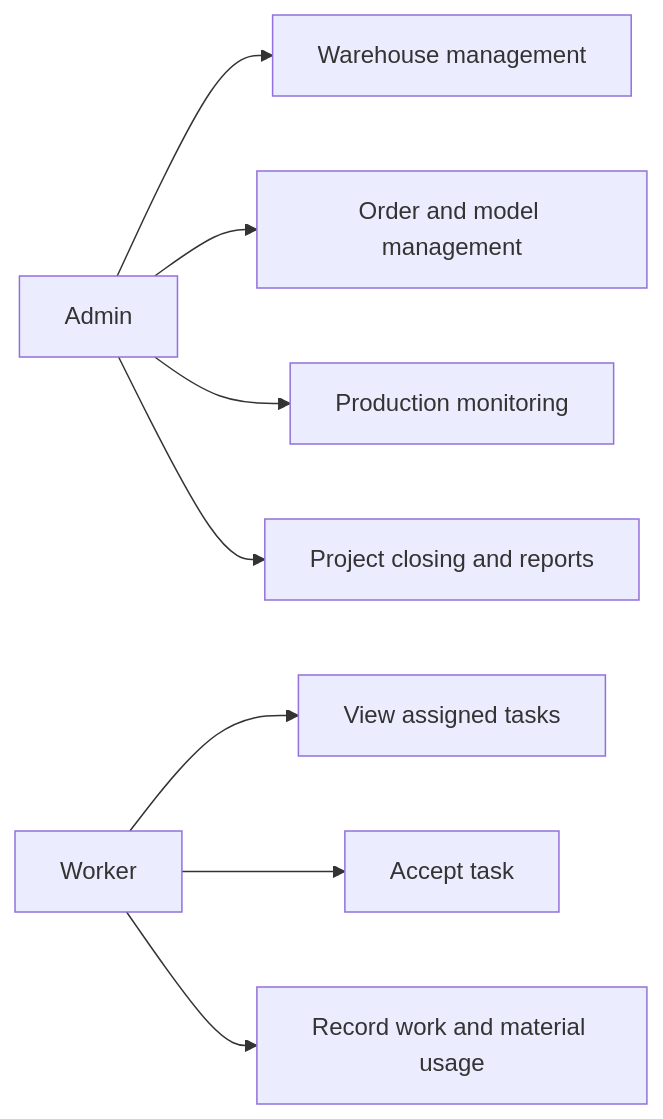
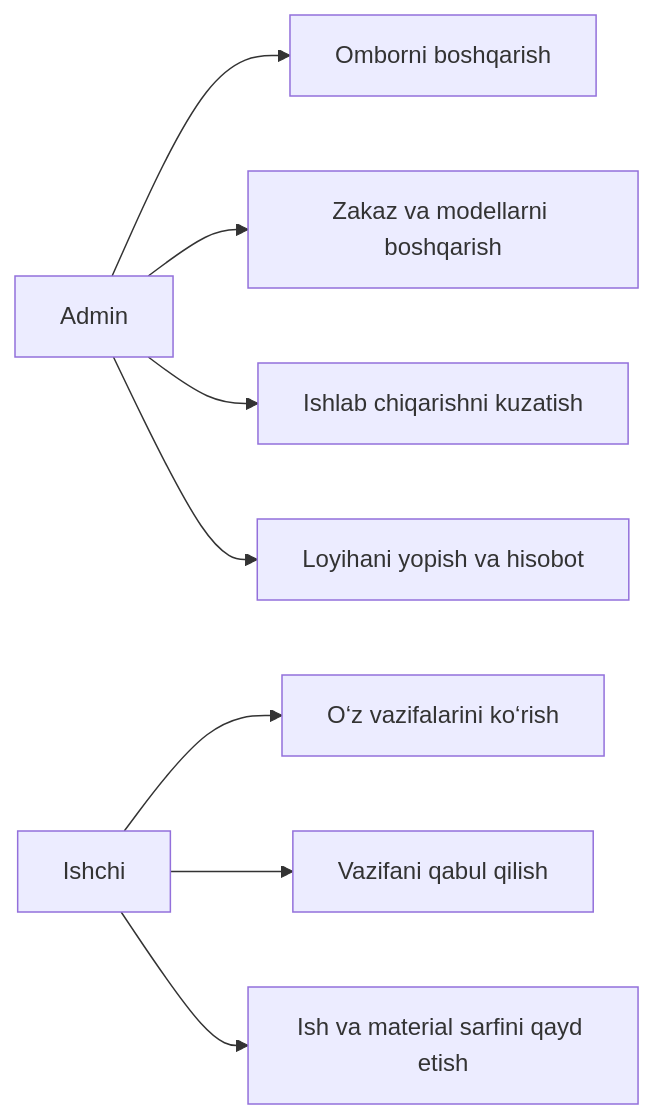
One commit to shamsiyevshamsiddin19/PROFUR changed the first of 2 diagrams in docs/04-diagrams/diagram-index.md. Above: the diagram before and after it, drawn with Mermaid. The commit also changed other lines of this file, not shown here.

````diff
--- a/docs/04-diagrams/diagram-index.md
+++ b/docs/04-diagrams/diagram-index.md
@@ -6,10 +7,10 @@
 ```mermaid
 flowchart LR
-  A[Admin] --> B[Warehouse management]
-  A --> C[Order and model management]
-  A --> D[Production monitoring]
-  A --> E[Project closing and reports]
-  W[Worker] --> F[View assigned tasks]
-  W --> G[Accept task]
-  W --> H[Record work and material usage]
+  A[Admin] --> B[Omborni boshqarish]
+  A --> C[Zakaz va modellarni boshqarish]
+  A --> D[Ishlab chiqarishni kuzatish]
+  A --> E[Loyihani yopish va hisobot]
+  I[Ishchi] --> F[O‘z vazifalarini ko‘rish]
+  I --> G[Vazifani qabul qilish]
+  I --> H[Ish va material sarfini qayd etish]
 ```
````
